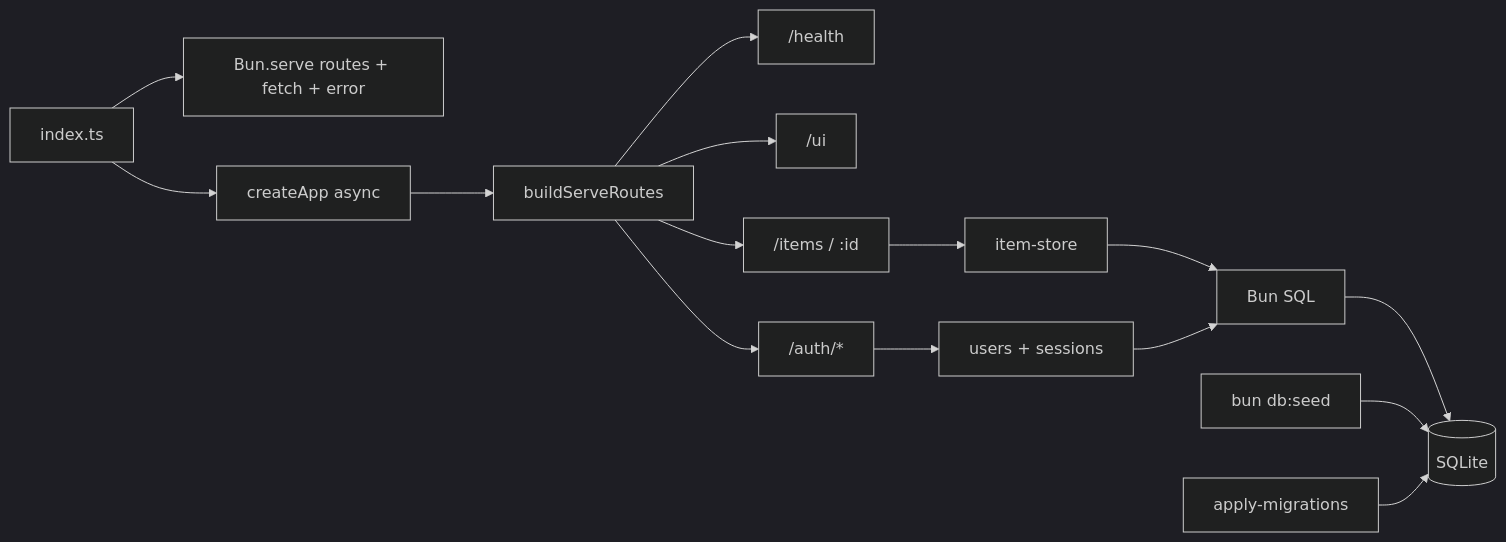
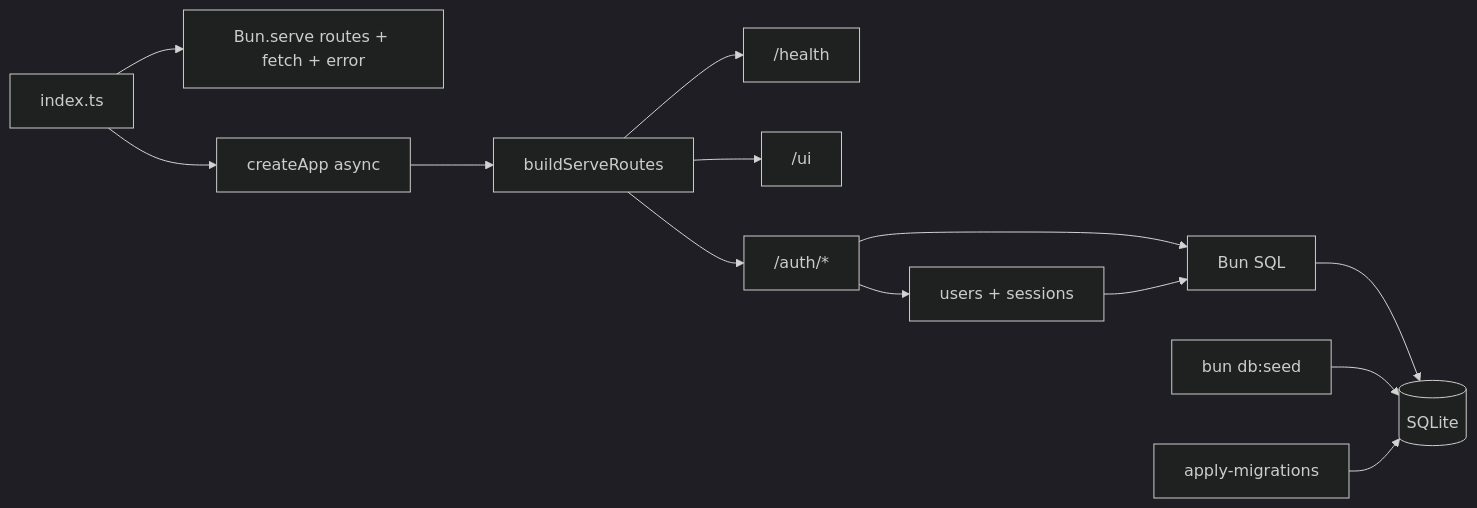
The first of 7 diagrams in features-logs/hono-server-crud.md (streamwhite/corymb), drawn with Mermaid (dark theme) before and after one commit. The commit also changed other lines of this file and 19 other files, not shown here.

````diff
--- a/features-logs/hono-server-crud.md
+++ b/features-logs/hono-server-crud.md
@@ -5,17 +5,15 @@
 ```mermaid
 flowchart LR
   A[index.ts] --> S[Bun.serve routes + fetch + error]
   A --> B[createApp async]
   B --> R[buildServeRoutes]
   R --> C["/health"]
   R --> U["/ui"]
   R --> D["/auth/*"]
-  R --> E["/items / :id"]
-  E --> F[item-store]
-  F --> G[Bun SQL]
+  D --> G[Bun SQL]
   G --> H[(SQLite)]
   I[bun db:seed] --> H
   M[apply-migrations] --> H
   D --> UU["users + sessions"]
   UU --> G
 ```
````
